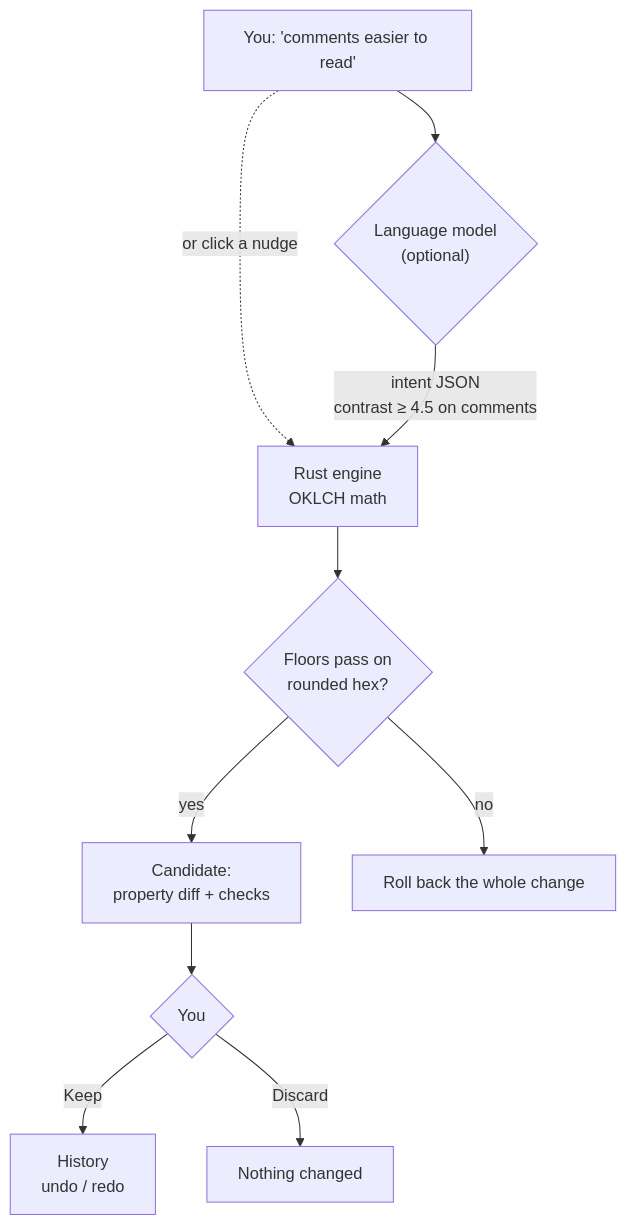
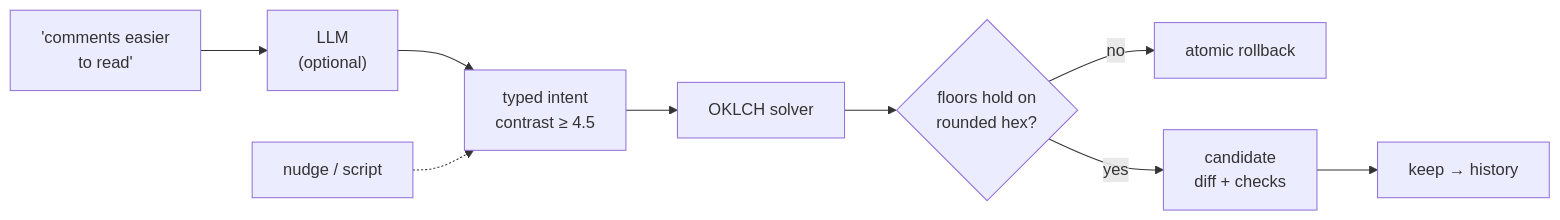
Before and after one commit to parthbatra99/hexwitch.nvim: the first of 2 diagrams in README.md, drawn with Mermaid. The commit also changed other lines of this file, not shown here.

First line of the commit message:
sharpen README pitch, compact flow diagram and capability comparison

````diff
--- a/README.md
+++ b/README.md
@@ -50,12 +45,11 @@
 ```mermaid
-flowchart TD
-    A["You: 'comments easier to read'"] --> B{"Language model<br/>(optional)"}
-    A -. "or click a nudge" .-> C
-    B -- "intent JSON<br/>contrast ≥ 4.5 on comments" --> C["Rust engine<br/>OKLCH math"]
-    C --> D{"Floors pass on<br/>rounded hex?"}
-    D -- yes --> E["Candidate:<br/>property diff + checks"]
-    D -- no --> F["Roll back the whole change"]
-    E --> G{"You"}
-    G -- Keep --> H["History<br/>undo / redo"]
-    G -- Discard --> I["Nothing changed"]
+flowchart LR
+    R["'comments easier<br/>to read'"] --> M["LLM<br/>(optional)"]
+    M --> I["typed intent<br/>contrast ≥ 4.5"]
+    N["nudge / script"] -.-> I
+    I --> E["OKLCH solver"]
+    E --> V{"floors hold on<br/>rounded hex?"}
+    V -- no --> X["atomic rollback"]
+    V -- yes --> C["candidate<br/>diff + checks"]
+    C --> K["keep → history"]
 ```
````
